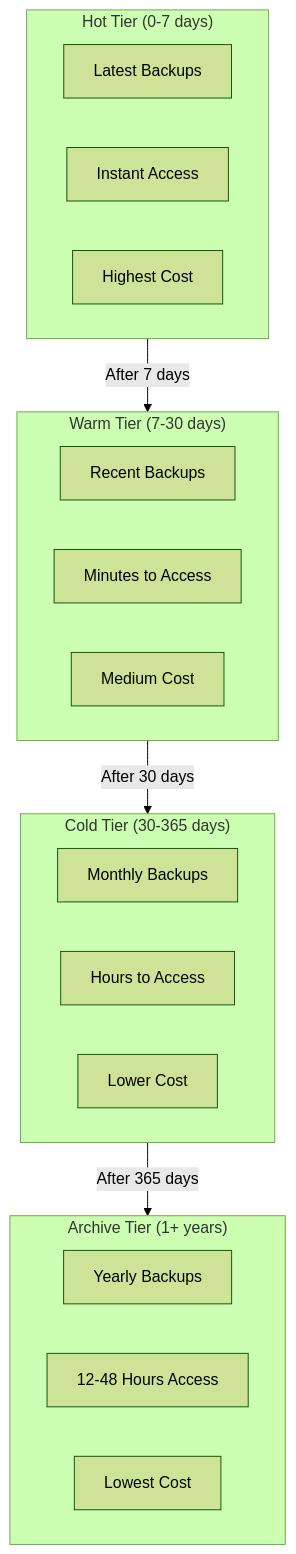
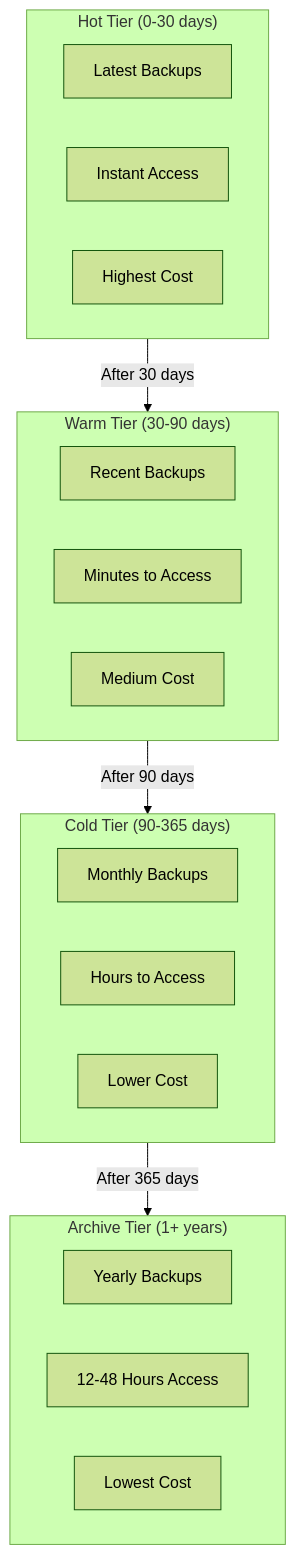
Before and after one commit to OneUptime/blog: the first of 5 diagrams in posts/2026-01-30-backup-tiering/README.md, drawn with Mermaid (forest theme). The commit also changed other lines of this file and 2 other files, not shown here.

````diff
--- a/posts/2026-01-30-backup-tiering/README.md
+++ b/posts/2026-01-30-backup-tiering/README.md
@@ -15,30 +15,30 @@
 ```mermaid
 flowchart TB
-    subgraph Hot["Hot Tier (0-7 days)"]
+    subgraph Hot["Hot Tier (0-30 days)"]
         H1[Latest Backups]
         H2[Instant Access]
         H3[Highest Cost]
     end
 
-    subgraph Warm["Warm Tier (7-30 days)"]
+    subgraph Warm["Warm Tier (30-90 days)"]
         W1[Recent Backups]
         W2[Minutes to Access]
         W3[Medium Cost]
     end
 
-    subgraph Cold["Cold Tier (30-365 days)"]
+    subgraph Cold["Cold Tier (90-365 days)"]
         C1[Monthly Backups]
         C2[Hours to Access]
         C3[Lower Cost]
     end
 
     subgraph Archive["Archive Tier (1+ years)"]
         A1[Yearly Backups]
         A2[12-48 Hours Access]
         A3[Lowest Cost]
     end
 
-    Hot -->|After 7 days| Warm
-    Warm -->|After 30 days| Cold
+    Hot -->|After 30 days| Warm
+    Warm -->|After 90 days| Cold
     Cold -->|After 365 days| Archive
 ```
````
